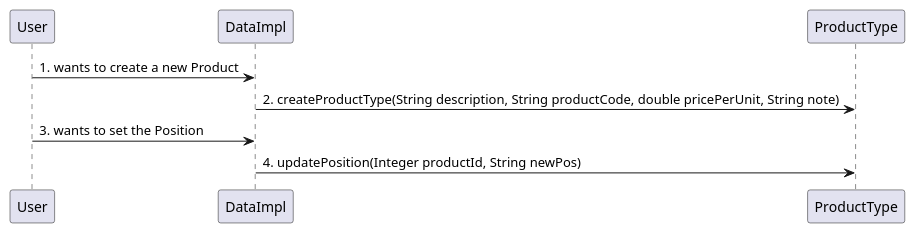
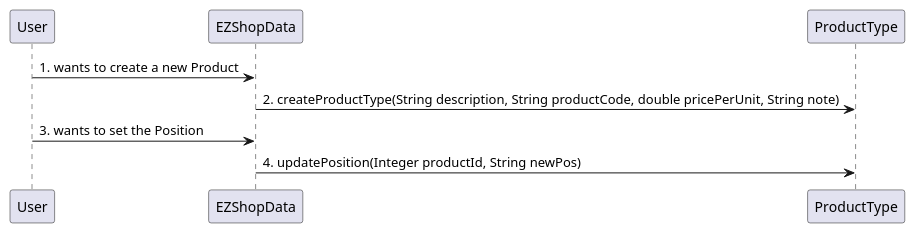
One commit to djemar/softeng_ezshop changed the third of 31 diagrams in Deliverables/DesignDocument.md. Above: the diagram before and after it, drawn with PlantUML. The commit also changed other lines of this file, not shown here.

Commit message:
update SequenceDiagrams

````diff
--- a/Deliverables/DesignDocument.md
+++ b/Deliverables/DesignDocument.md
@@ -277,6 +277,6 @@
 ```plantuml
-"User" -> "DataImpl": 1. wants to create a new Product
-"DataImpl" -> "ProductType": 2. createProductType(String description, String productCode, double pricePerUnit, String note)
-"User" -> "DataImpl": 3. wants to set the Position
-"DataImpl" -> "ProductType": 4. updatePosition(Integer productId, String newPos)
+"User" -> "EZShopData": 1. wants to create a new Product
+"EZShopData" -> "ProductType": 2. createProductType(String description, String productCode, double pricePerUnit, String note)
+"User" -> "EZShopData": 3. wants to set the Position
+"EZShopData" -> "ProductType": 4. updatePosition(Integer productId, String newPos)
 ```
````
